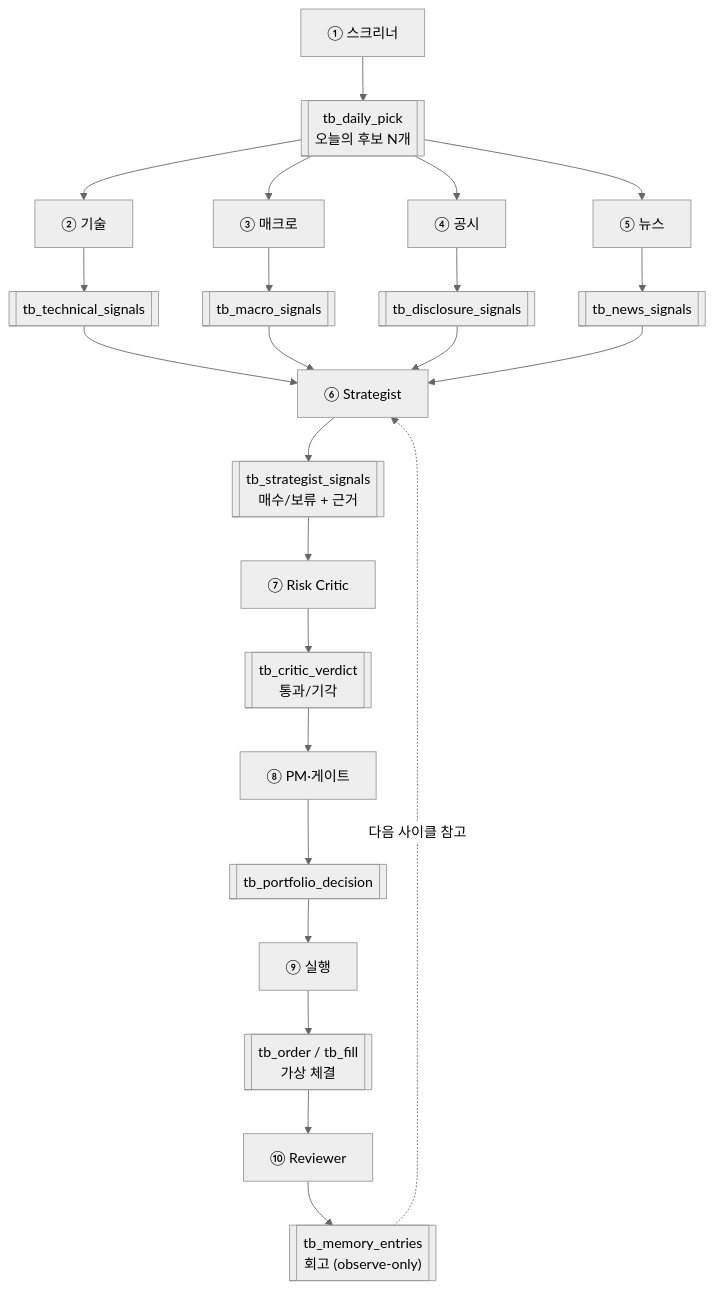
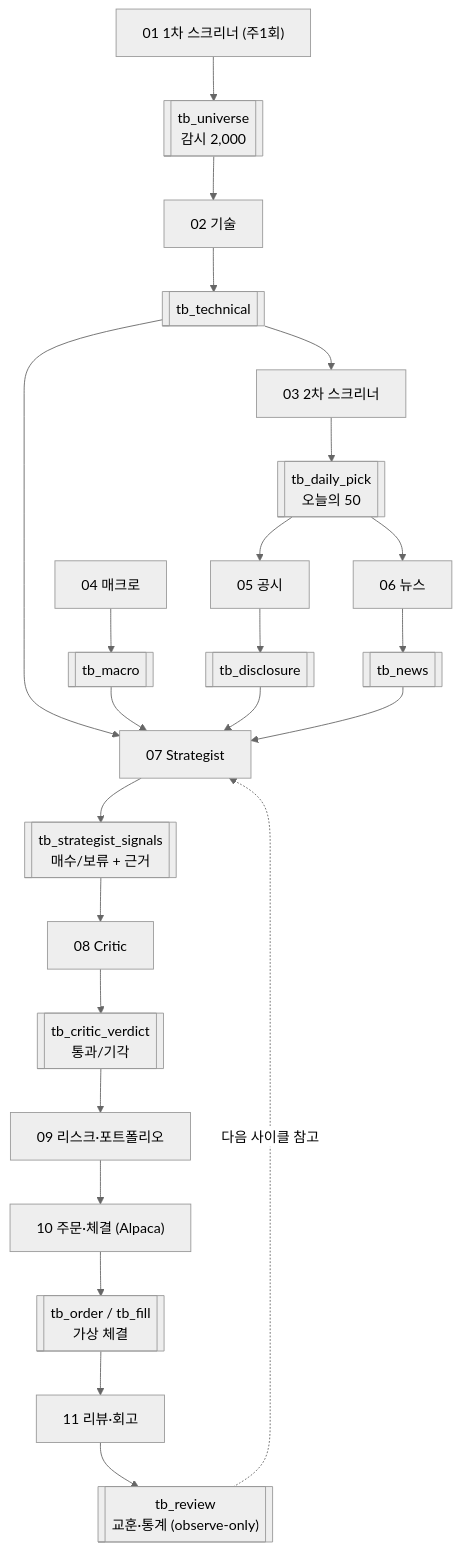
The diagram in documents/facts/MVP1차.md (jaymunsh/quantinue-wiki), drawn with Mermaid (neutral theme) before and after one commit. The commit also changed other lines of this file and 12 other files, not shown here.

````diff
--- a/documents/facts/MVP1차.md
+++ b/documents/facts/MVP1차.md
@@ -46,15 +46,15 @@
 ```mermaid
 flowchart TB
-  SCR["① 스크리너"] --> P[["tb_daily_pick<br/>오늘의 후보 N개"]]
-  P --> TECH["② 기술"] & MAC["③ 매크로"] & DIS["④ 공시"] & NEW["⑤ 뉴스"]
-  TECH --> T[["tb_technical_signals"]]
-  MAC --> M[["tb_macro_signals"]]
-  DIS --> D[["tb_disclosure_signals"]]
-  NEW --> N[["tb_news_signals"]]
-  T & M & D & N --> ST["⑥ Strategist"] --> SS[["tb_strategist_signals<br/>매수/보류 + 근거"]]
-  SS --> CR["⑦ Risk Critic"] --> CV[["tb_critic_verdict<br/>통과/기각"]]
-  CV --> PM["⑧ PM·게이트"] --> PD[["tb_portfolio_decision"]]
-  PD --> EX["⑨ 실행"] --> OF[["tb_order / tb_fill<br/>가상 체결"]]
-  OF --> RV["⑩ Reviewer"] --> ME[["tb_memory_entries<br/>회고 (observe-only)"]]
+  U["01 1차 스크리너 (주1회)"] --> UV[["tb_universe<br/>감시 2,000"]]
+  UV --> TECH["02 기술"] --> T[["tb_technical"]]
+  T --> SCR["03 2차 스크리너"] --> P[["tb_daily_pick<br/>오늘의 50"]]
+  P --> DIS["05 공시"] & NEW["06 뉴스"]
+  MAC["04 매크로"] --> M[["tb_macro"]]
+  DIS --> D[["tb_disclosure"]]
+  NEW --> N[["tb_news"]]
+  T & M & D & N --> ST["07 Strategist"] --> SS[["tb_strategist_signals<br/>매수/보류 + 근거"]]
+  SS --> CR["08 Critic"] --> CV[["tb_critic_verdict<br/>통과/기각"]]
+  CV --> PM["09 리스크·포트폴리오"] --> EX["10 주문·체결 (Alpaca)"] --> OF[["tb_order / tb_fill<br/>가상 체결"]]
+  OF --> RV["11 리뷰·회고"] --> ME[["tb_review<br/>교훈·통계 (observe-only)"]]
   ME -.다음 사이클 참고.-> ST
 ```
````
